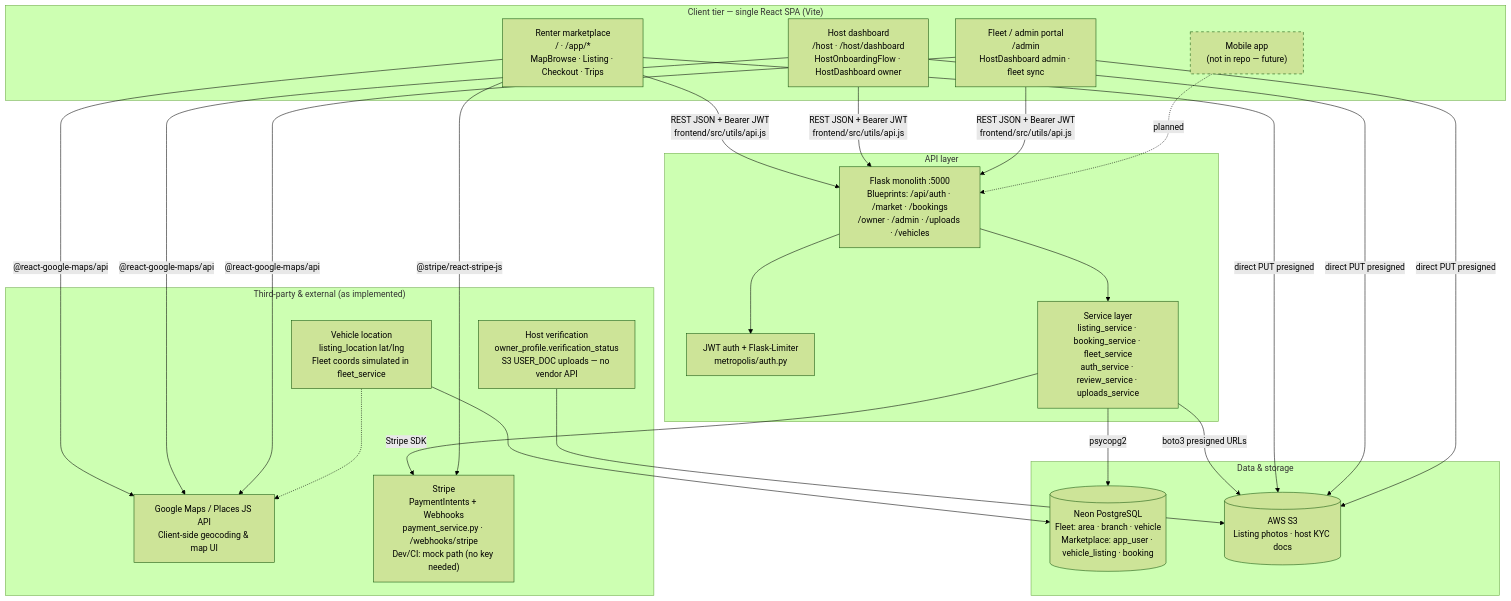
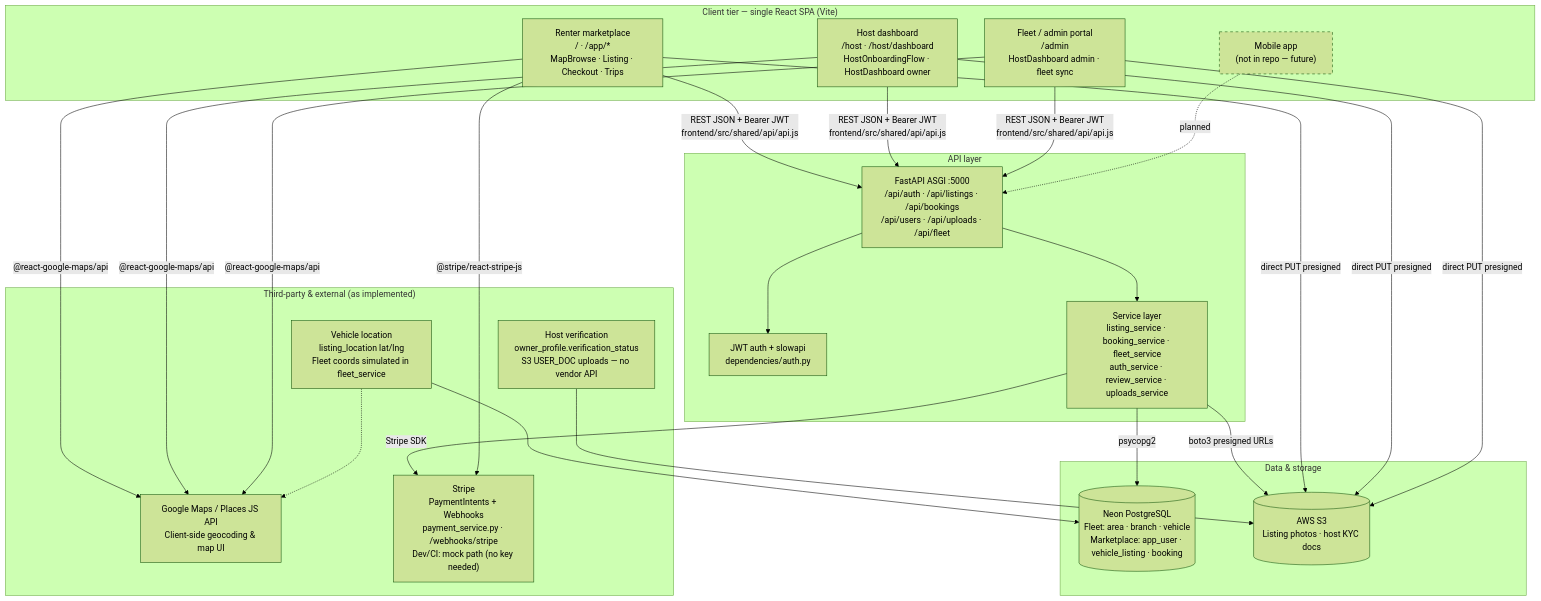
Before and after one commit to toni8699/Metropolis: the first of 2 diagrams in docs/architecture-diagrams.md, drawn with Mermaid (forest theme). The commit also changed other lines of this file and 8 other files, not shown here.

````diff
--- a/docs/architecture-diagrams.md
+++ b/docs/architecture-diagrams.md
@@ -17,45 +17,45 @@
 ```mermaid
 graph TD
     subgraph Clients["Client tier — single React SPA (Vite)"]
         RW["Renter marketplace<br/>/ · /app/*<br/>MapBrowse · Listing · Checkout · Trips"]
         HD["Host dashboard<br/>/host · /host/dashboard<br/>HostOnboardingFlow · HostDashboard owner"]
         FM["Fleet / admin portal<br/>/admin<br/>HostDashboard admin · fleet sync"]
         MOB["Mobile app<br/>(not in repo — future)"]
     end
 
     subgraph Edge["API layer"]
-        API["Flask monolith :5000<br/>Blueprints: /api/auth · /market · /bookings<br/>/owner · /admin · /uploads · /vehicles"]
-        AUTH["JWT auth + Flask-Limiter<br/>metropolis/auth.py"]
+        API["FastAPI ASGI :5000<br/>/api/auth · /api/listings · /api/bookings<br/>/api/users · /api/uploads · /api/fleet"]
+        AUTH["JWT auth + slowapi<br/>dependencies/auth.py"]
         SVC["Service layer<br/>listing_service · booking_service · fleet_service<br/>auth_service · review_service · uploads_service"]
         API --> AUTH
         API --> SVC
     end
 
     subgraph Data["Data & storage"]
         PG[("Neon PostgreSQL<br/>Fleet: area · branch · vehicle<br/>Marketplace: app_user · vehicle_listing · booking")]
         S3[("AWS S3<br/>Listing photos · host KYC docs")]
     end
 
     subgraph External["Third-party & external (as implemented)"]
         GM["Google Maps / Places JS API<br/>Client-side geocoding & map UI"]
         PAY["Stripe<br/>PaymentIntents + Webhooks<br/>payment_service.py · /webhooks/stripe<br/>Dev/CI: mock path (no key needed)"]
         KYC["Host verification<br/>owner_profile.verification_status<br/>S3 USER_DOC uploads — no vendor API"]
         GPS["Vehicle location<br/>listing_location lat/lng<br/>Fleet coords simulated in fleet_service"]
     end
 
-    RW & HD & FM -->|"REST JSON + Bearer JWT<br/>frontend/src/utils/api.js"| API
+    RW & HD & FM -->|"REST JSON + Bearer JWT<br/>frontend/src/shared/api/api.js"| API
     MOB -.->|"planned"| API
 
     SVC -->|"psycopg2"| PG
     SVC -->|"boto3 presigned URLs"| S3
     RW & HD & FM -->|"direct PUT presigned"| S3
     RW & HD & FM -->|"@react-google-maps/api"| GM
 
     SVC -->|"Stripe SDK"| PAY
     RW -->|"@stripe/react-stripe-js"| PAY
     KYC --> S3
     GPS --> PG
     GPS -.-> GM
 
     style MOB stroke-dasharray: 5 5
 ```
````
